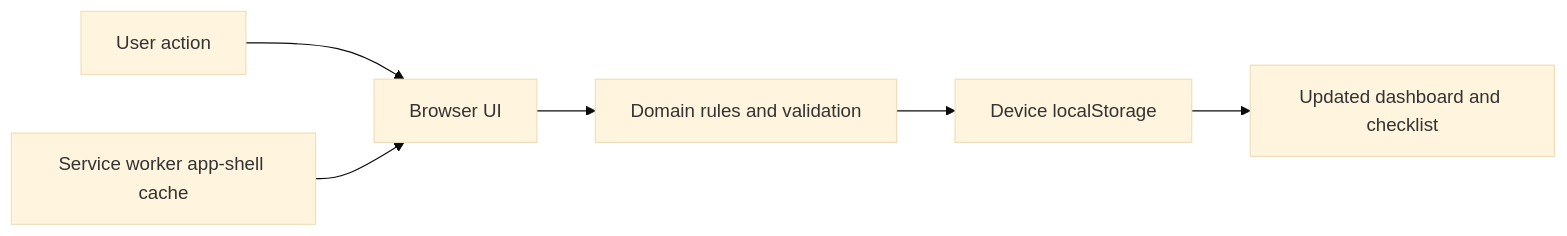
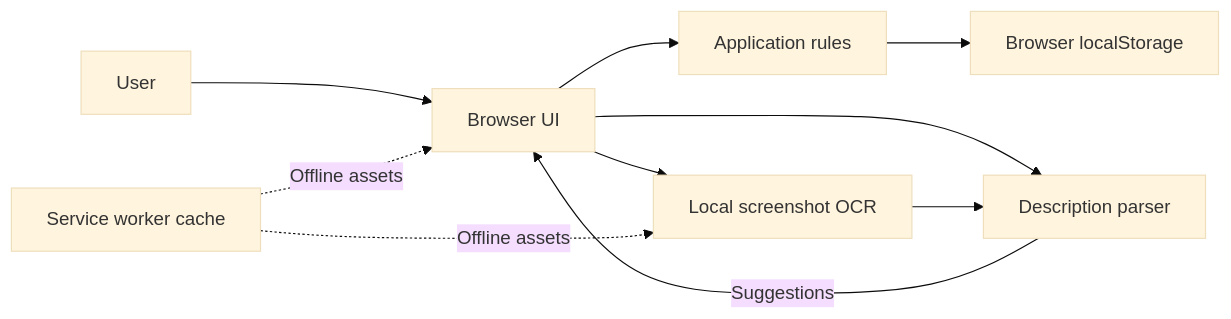
Before and after one commit to SadaqueKhanProjects/job-application-checklist-web-app: the diagram in README.md, drawn with Mermaid (base theme). The commit also changed other lines of this file and 1 other file, not shown here.

Commit message:
docs(readme): simplify setup and move storage details

````diff
--- a/README.md
+++ b/README.md
@@ -68,8 +47,12 @@
 ```mermaid
 flowchart LR
-    User[User action] --> UI[Browser UI]
-    UI --> Rules[Domain rules and validation]
-    Rules --> Storage[Device localStorage]
-    Storage --> Render[Updated dashboard and checklist]
-    Cache[Service worker app-shell cache] --> UI
+    User --> UI[Browser UI]
+    UI --> Rules[Application rules]
+    Rules --> Storage[Browser localStorage]
+    UI --> Parser[Description parser]
+    UI --> OCR[Local screenshot OCR]
+    OCR --> Parser
+    Parser -->|Suggestions| UI
+    Cache[Service worker cache] -. Offline assets .-> UI
+    Cache -. Offline assets .-> OCR
 ```
````
